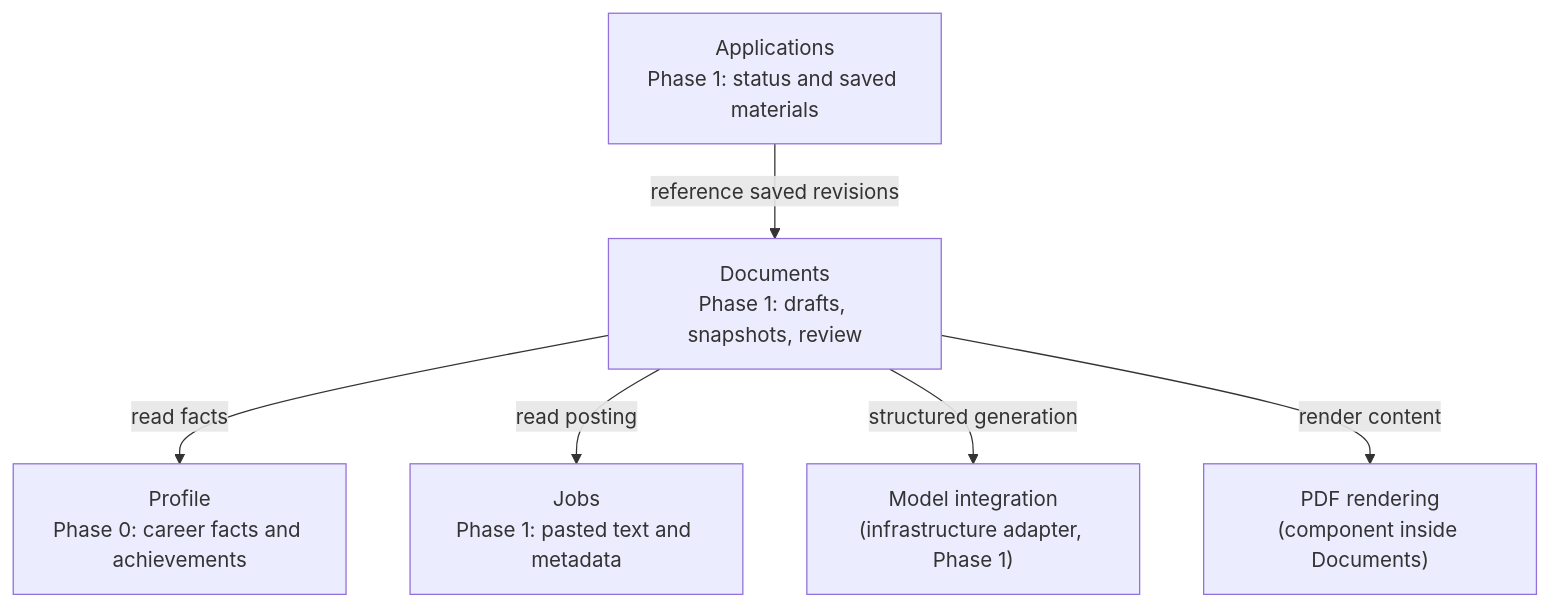
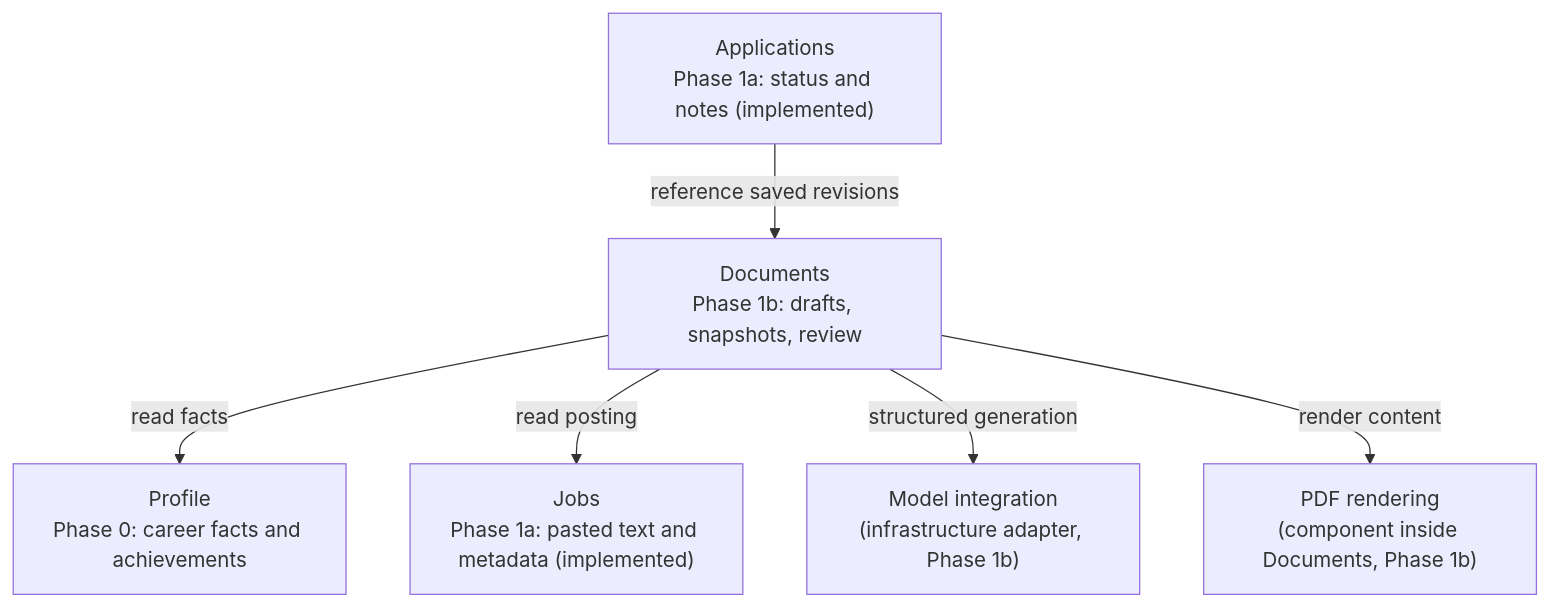
One commit to 3333444n/landed changed the second of 2 diagrams in docs/03-system-and-modules.md. Above: the diagram before and after it, drawn with Mermaid. The commit also changed other lines of this file and 9 other files, not shown here.

Commit message:
docs: describe Phase 1a jobs and applications as implemented

````diff
--- a/docs/03-system-and-modules.md
+++ b/docs/03-system-and-modules.md
@@ -32,14 +32,14 @@
 ```mermaid
 flowchart TB
-  model["Model integration<br/>(infrastructure adapter, Phase 1)"]
-  pdf["PDF rendering<br/>(component inside Documents)"]
+  model["Model integration<br/>(infrastructure adapter, Phase 1b)"]
+  pdf["PDF rendering<br/>(component inside Documents, Phase 1b)"]
   profile["Profile<br/>Phase 0: career facts and achievements"]
-  jobs["Jobs<br/>Phase 1: pasted text and metadata"]
-  documents["Documents<br/>Phase 1: drafts, snapshots, review"]
-  applications["Applications<br/>Phase 1: status and saved materials"]
+  jobs["Jobs<br/>Phase 1a: pasted text and metadata (implemented)"]
+  documents["Documents<br/>Phase 1b: drafts, snapshots, review"]
+  applications["Applications<br/>Phase 1a: status and notes (implemented)"]
   documents -->|"read facts"| profile
   documents -->|"read posting"| jobs
   documents -->|"structured generation"| model
   documents -->|"render content"| pdf
   applications -->|"reference saved revisions"| documents
 ```
````
